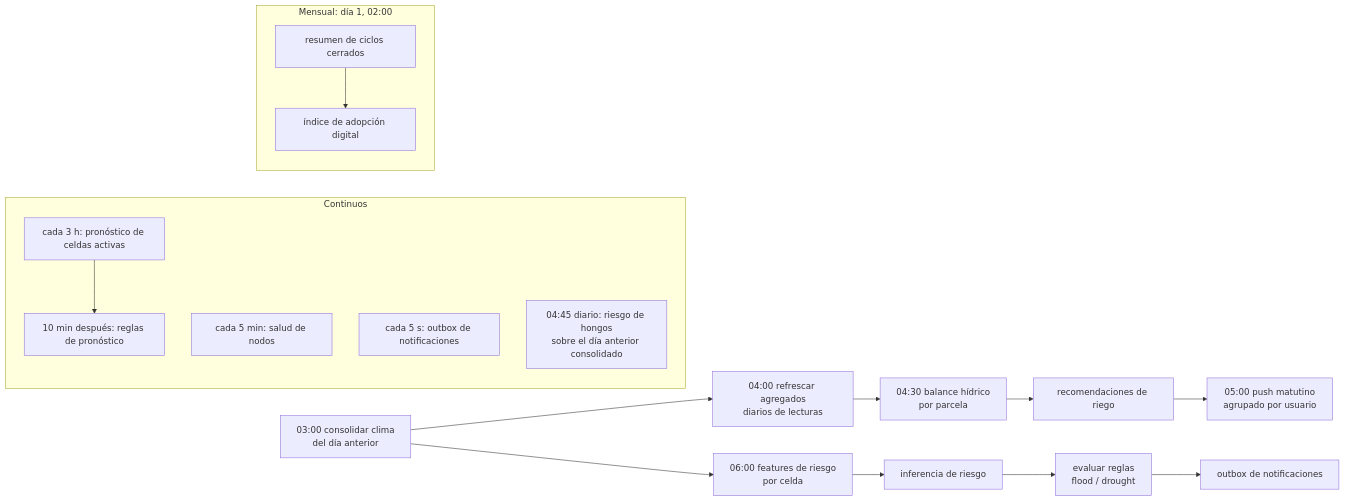
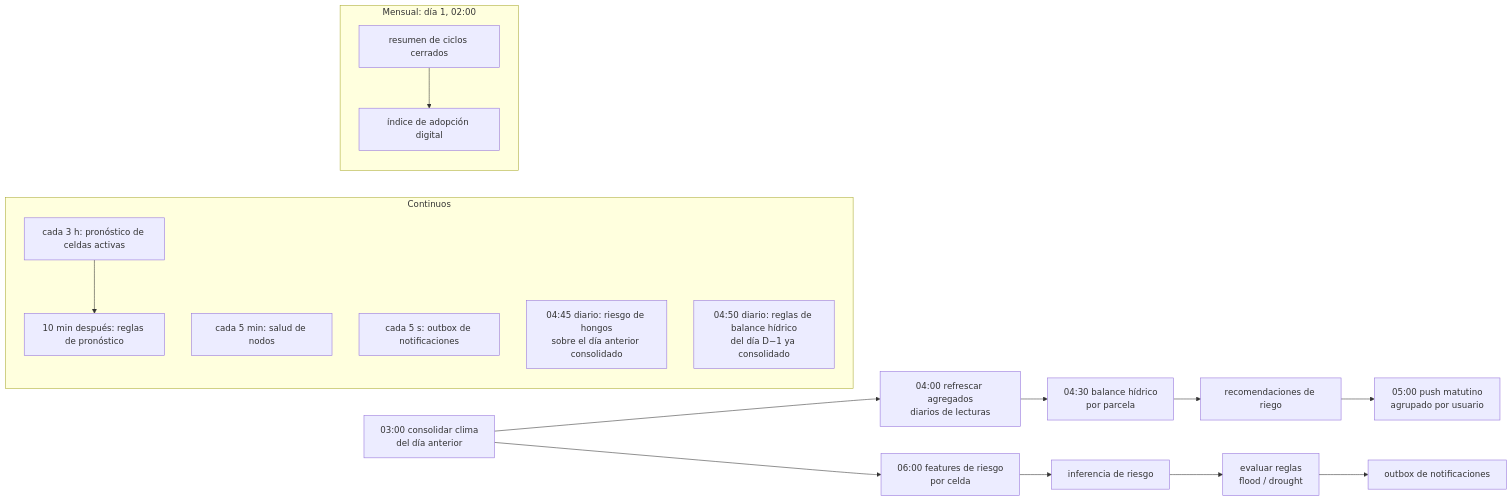
Before and after one commit to jab16jy/techcamp-v2: the third of 3 diagrams in docs/10-dag.md, drawn with Mermaid. The commit also changed other lines of this file and 18 other files, not shown here.

````diff
--- a/docs/10-dag.md
+++ b/docs/10-dag.md
@@ -158,22 +158,23 @@
 ```mermaid
 flowchart LR
   a[03:00 consolidar clima<br/>del día anterior] --> b[04:00 refrescar agregados<br/>diarios de lecturas]
   b --> c[04:30 balance hídrico<br/>por parcela]
   c --> d[recomendaciones de riego]
   d --> e[05:00 push matutino<br/>agrupado por usuario]
   a --> f[06:00 features de riesgo<br/>por celda]
   f --> g[inferencia de riesgo]
   g --> h[evaluar reglas<br/>flood / drought]
   h --> i[outbox de notificaciones]
 
   subgraph continuos [Continuos]
     k[cada 3 h: pronóstico de celdas activas] --> l[10 min después: reglas de pronóstico]
     m[cada 5 min: salud de nodos]
     n[cada 5 s: outbox de notificaciones]
     q[04:45 diario: riesgo de hongos<br/>sobre el día anterior consolidado]
+    r[04:50 diario: reglas de balance hídrico<br/>del día D−1 ya consolidado]
   end
 
   subgraph mensual [Mensual: día 1, 02:00]
     o[resumen de ciclos cerrados] --> p[índice de adopción digital]
   end
 ```
````
